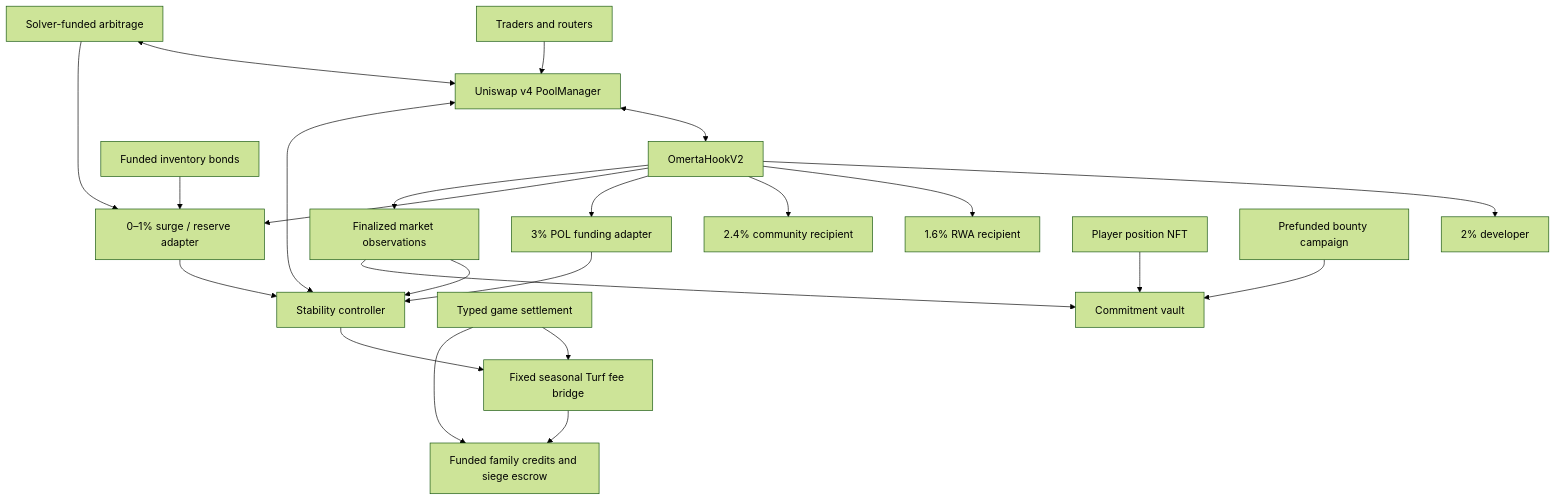
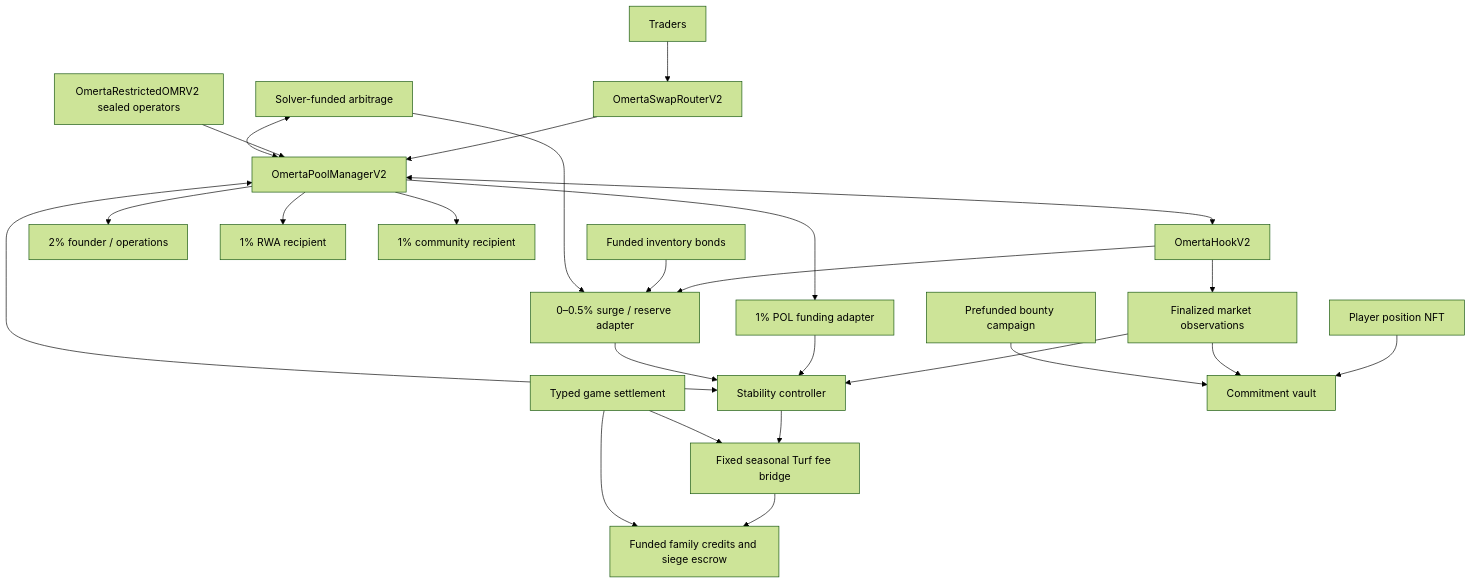
Before and after one commit to OmertaDev/Omerta: the diagram in omerta-contracts/docs/market/DESIGN.md, drawn with Mermaid (forest theme). The commit also changed other lines of this file and 1968 other files, not shown here.

````diff
--- a/omerta-contracts/docs/market/DESIGN.md
+++ b/omerta-contracts/docs/market/DESIGN.md
@@ -7,25 +7,27 @@
 ```mermaid
 flowchart TD
-    T[Traders and routers] --> PM[Uniswap v4 PoolManager]
+    T[Traders] --> ROUTER[OmertaSwapRouterV2]
+    ROUTER --> PM[OmertaPoolManagerV2]
+    TOKEN[OmertaRestrictedOMRV2 sealed operators] --> PM
     PM <--> H[OmertaHookV2]
-    H --> DEV[2% developer]
-    H --> RWA[1.6% RWA recipient]
-    H --> COMMUNITY[2.4% community recipient]
-    H --> POL[3% POL funding adapter]
-    H --> SURGE[0–1% surge / reserve adapter]
+    PM --> DEV[2% founder / operations]
+    PM --> RWA[1% RWA recipient]
+    PM --> COMMUNITY[1% community recipient]
+    PM --> POL[1% POL funding adapter]
+    H --> SURGE[0–0.5% surge / reserve adapter]
     H --> O[Finalized market observations]
     O --> C[Stability controller]
     POL --> C
     SURGE --> C
     C <--> PM
     C --> TF[Fixed seasonal Turf fee bridge]
     TF --> F[Funded family credits and siege escrow]
     G[Typed game settlement] --> TF
     G --> F
     B[Funded inventory bonds] --> SURGE
     ARB[Solver-funded arbitrage] <--> PM
     ARB --> SURGE
     LP[Player position NFT] --> COM[Commitment vault]
     O --> COM
     REWARD[Prefunded bounty campaign] --> COM
 ```
````
